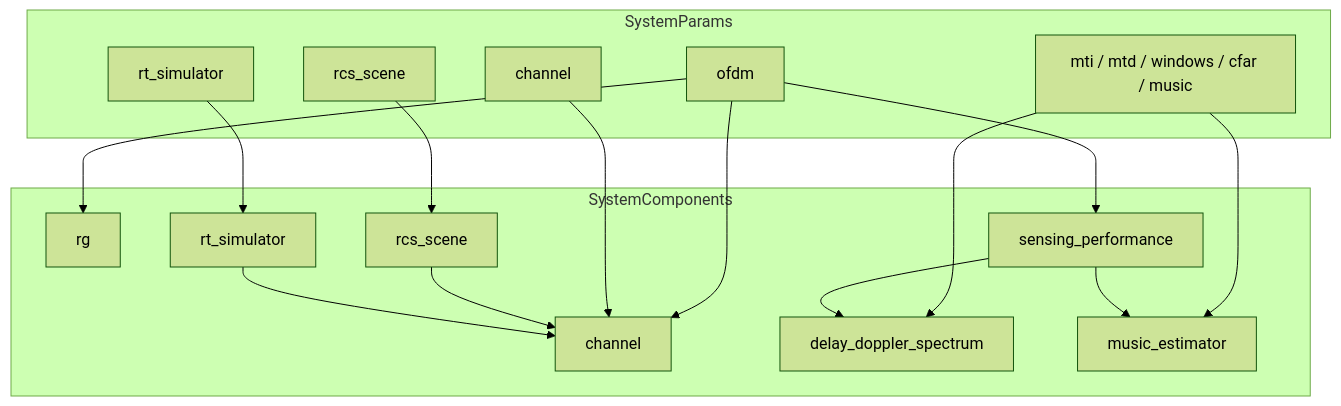
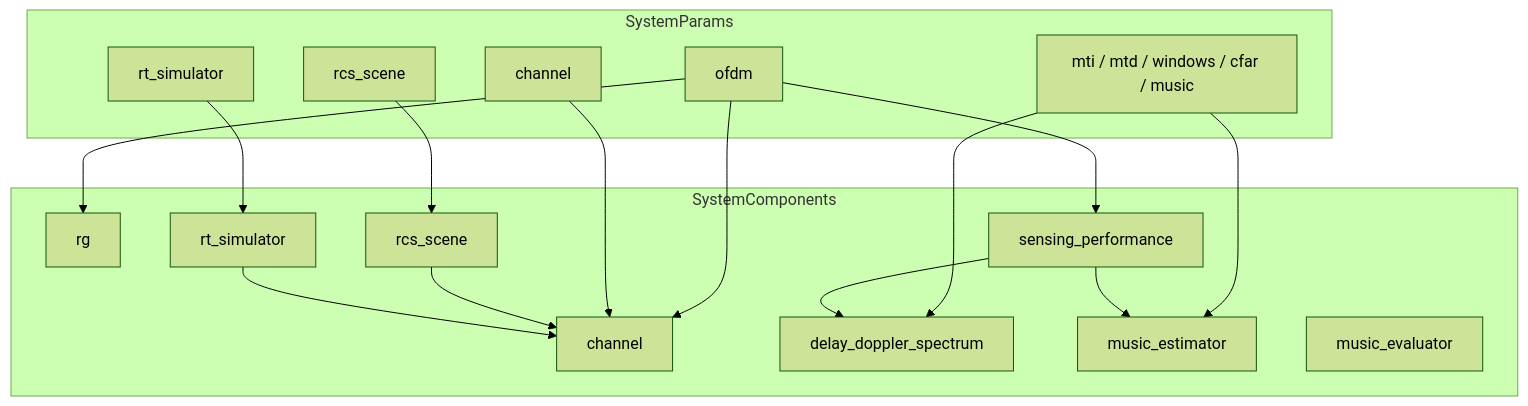
The diagram in docs/system-components-structure.md (GitLinhp/isac), drawn with Mermaid (forest theme) before and after one commit. The commit also changed other lines of this file and 17 other files, not shown here.

````diff
--- a/docs/system-components-structure.md
+++ b/docs/system-components-structure.md
@@ -150,33 +152,34 @@
 ```mermaid
 flowchart TB
     subgraph params [SystemParams]
         ofdm_p[ofdm]
         ch_p[channel]
         rt_p[rt_simulator]
         rcs_p[rcs_scene]
         sens_p[mti / mtd / windows / cfar / music]
     end
 
     subgraph comps [SystemComponents]
         rg[rg]
         ch[channel]
         rt[rt_simulator]
         rcs[rcs_scene]
         sp[sensing_performance]
         dd[delay_doppler_spectrum]
         music[music_estimator]
+        music_eval[music_evaluator]
     end
 
     ofdm_p --> rg
     ofdm_p --> ch
     ch_p --> ch
     rt_p --> rt
     rcs_p --> rcs
     rcs --> ch
     rt --> ch
     ofdm_p --> sp
     sens_p --> dd
     sens_p --> music
     sp --> dd
     sp --> music
 ```
````
